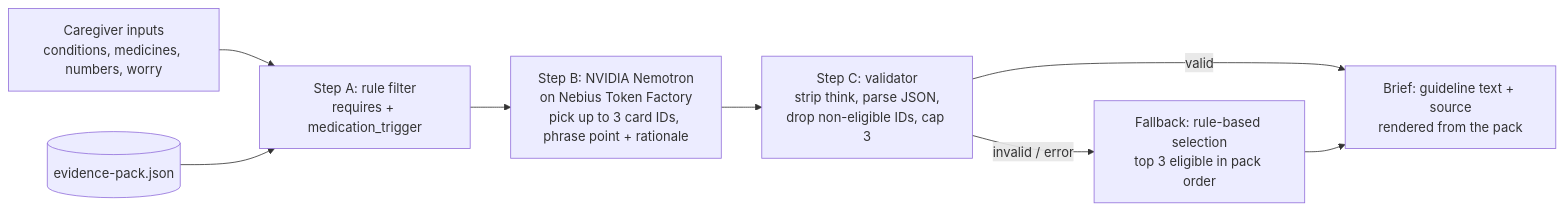
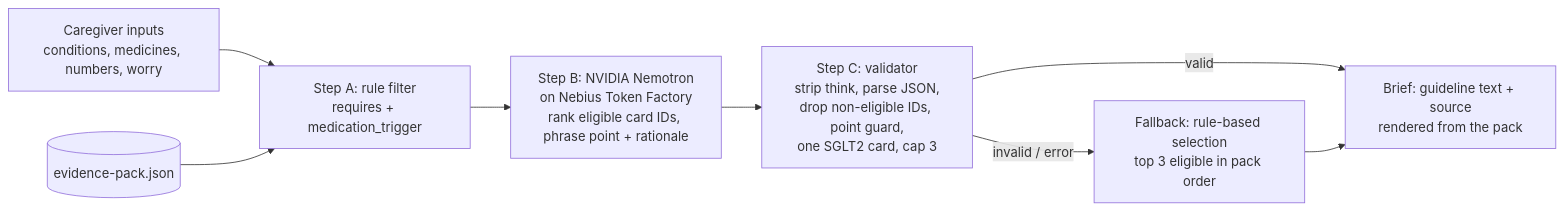
Before and after one commit to saebchicago/conditionmap-navigator: the diagram in README.md, drawn with Mermaid. The commit also changed other lines of this file and 2 other files, not shown here.

First line of the commit message:
Standardize dose/dosing points unsupported by the card; README audit

````diff
--- a/README.md
+++ b/README.md
@@ -9,10 +9,10 @@
 ```mermaid
 flowchart LR
   A[Caregiver inputs<br/>conditions, medicines, numbers, worry] --> B[Step A: rule filter<br/>requires + medication_trigger]
   P[(evidence-pack.json)] --> B
-  B --> C[Step B: NVIDIA Nemotron<br/>on Nebius Token Factory<br/>pick up to 3 card IDs, phrase point + rationale]
-  C --> D[Step C: validator<br/>strip think, parse JSON,<br/>drop non-eligible IDs, cap 3]
+  B --> C[Step B: NVIDIA Nemotron<br/>on Nebius Token Factory<br/>rank eligible card IDs, phrase point + rationale]
+  C --> D[Step C: validator<br/>strip think, parse JSON,<br/>drop non-eligible IDs, point guard,<br/>one SGLT2 card, cap 3]
   D -->|valid| E[Brief: guideline text + source<br/>rendered from the pack]
   D -->|invalid / error| F[Fallback: rule-based selection<br/>top 3 eligible in pack order]
   F --> E
 ```
````
